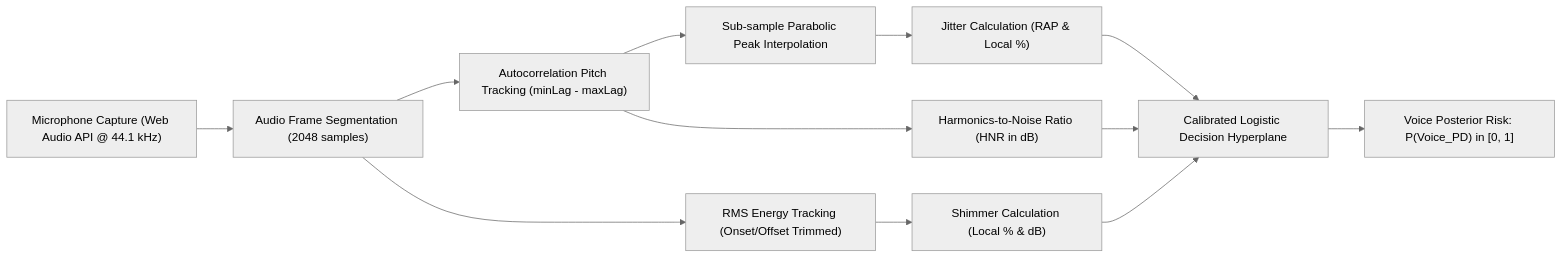
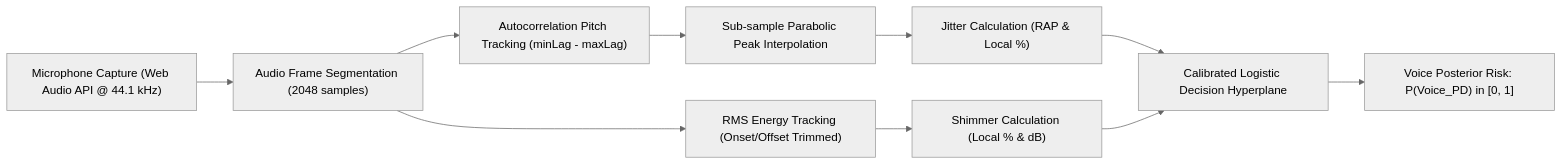
One commit to Amar-spe/neuroscreen-pd changed the second of 7 diagrams in MODULE_ARCHITECTURE_AND_FLOWCHARTS.md. Above: the diagram before and after it, drawn with Mermaid (neutral theme). The commit also changed other lines of this file and 7 other files, not shown here.

Commit message:
Remove HNR (Harmonics-to-Noise Ratio) from voice module, radar chart, and multimodal assessment documentation

````diff
--- a/MODULE_ARCHITECTURE_AND_FLOWCHARTS.md
+++ b/MODULE_ARCHITECTURE_AND_FLOWCHARTS.md
@@ -91,14 +91,12 @@
 ```mermaid
 flowchart LR
     MIC["Microphone Capture (Web Audio API @ 44.1 kHz)"] --> BUF["Audio Frame Segmentation (2048 samples)"]
     BUF --> AUTO["Autocorrelation Pitch Tracking (minLag - maxLag)"]
     AUTO --> PARAB["Sub-sample Parabolic Peak Interpolation"]
     PARAB --> JIT["Jitter Calculation (RAP & Local %)"]
     BUF --> RMS["RMS Energy Tracking (Onset/Offset Trimmed)"] --> SHIM["Shimmer Calculation (Local % & dB)"]
-    AUTO --> HNR["Harmonics-to-Noise Ratio (HNR in dB)"]
     
     JIT --> LOGIT["Calibrated Logistic Decision Hyperplane"]
     SHIM --> LOGIT
-    HNR --> LOGIT
     LOGIT --> PROB["Voice Posterior Risk: P(Voice_PD) in [0, 1]"]
 ```
````
